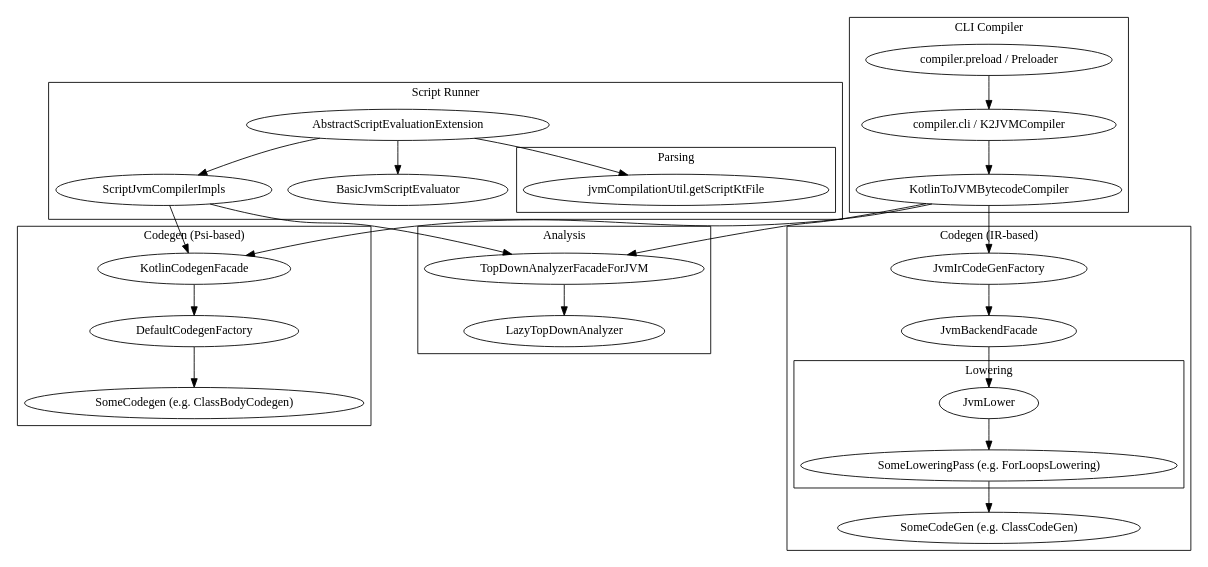
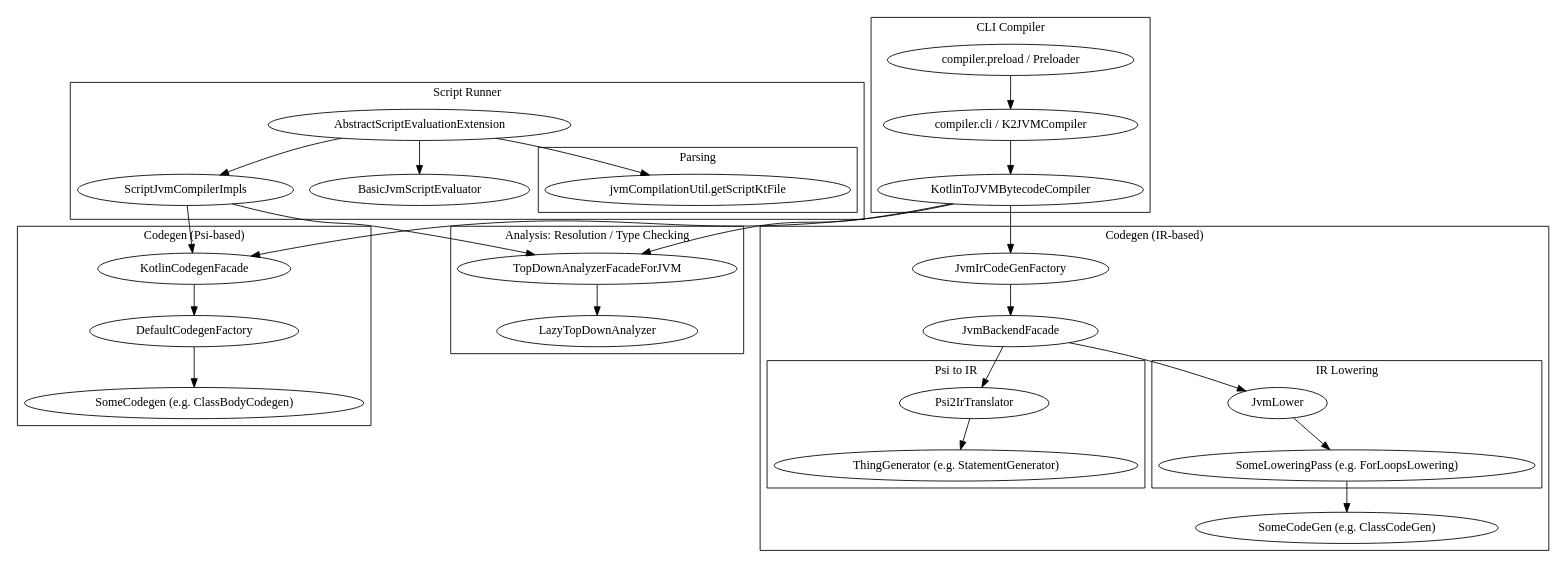
The diagram in writings/kotlin-compiler/notes/arch-diagram.dot (overminder/kitchen-sink), drawn with Graphviz before and after one commit. The commit also changed 2 other files, not shown here.

```diff
--- a/writings/kotlin-compiler/notes/arch-diagram.dot
+++ b/writings/kotlin-compiler/notes/arch-diagram.dot
@@ -1,72 +1,79 @@
 digraph G {
     subgraph cluster_scr {
         label = "Script Runner";
 
         SEvalExt [label="AbstractScriptEvaluationExtension"];
         SJvmCI [label="ScriptJvmCompilerImpls"];
         SEvalJvm [label=BasicJvmScriptEvaluator];
 
         subgraph cluster_par {
             label = "Parsing";
 
             SPar [label="jvmCompilationUtil.getScriptKtFile"];
         }
     }
     subgraph cluster_cc {
         label = "CLI Compiler"
 
         CPrel [label="compiler.preload / Preloader"]
         K2JC [label="compiler.cli / K2JVMCompiler"]
         K2JBCC [label=KotlinToJVMBytecodeCompiler]
     }
     subgraph cluster_ana {
-        label = "Analysis";
+        label = "Analysis: Resolution / Type Checking";
 
         TDAnaF [label=TopDownAnalyzerFacadeForJVM];
         LTDA [label=LazyTopDownAnalyzer];
     }
     subgraph cluster_cg_psi {
         label = "Codegen (Psi-based)";
 
         KtCgF [label=KotlinCodegenFacade];
         DefCgF [label=DefaultCodegenFactory];
         AnyCg [label="SomeCodegen (e.g. ClassBodyCodegen)"];
     }
 
-
     subgraph cluster_cg_ir {
         label = "Codegen (IR-based)";
 
+        subgraph cluster_cg_psi2ir {
+            label = "Psi to IR";
+
+            Psi2Ir [label=Psi2IrTranslator];
+            Psi2IrG [label="ThingGenerator (e.g. StatementGenerator)"];
+        }
+
         subgraph cluster_lower {
-            label = "Lowering";
+            label = "IR Lowering";
 
             JLower [label=JvmLower];
             AnyLowerP [label="SomeLoweringPass (e.g. ForLoopsLowering)"];
         }
 
         JIrCgF [label=JvmIrCodeGenFactory]
         JBF [label=JvmBackendFacade]
         AnyIrCg [label="SomeCodeGen (e.g. ClassCodeGen)"];
     }
 
     /* Script: parsing */
     SEvalExt -> SPar;
     /* Script: driver */
     SEvalExt -> SJvmCI -> TDAnaF;
     /* Script: codegen */
     SJvmCI -> KtCgF;
     /* Script: eval */
     SEvalExt -> SEvalJvm;
 
     /* Analysis */
     TDAnaF -> LTDA;
 
     /* CLI compiler */
     CPrel -> K2JC -> K2JBCC -> TDAnaF;
 
     /* Psi-based codegen */
     K2JBCC -> KtCgF -> DefCgF -> AnyCg;
 
     /* IR-based codegen */
     K2JBCC -> JIrCgF -> JBF -> JLower -> AnyLowerP -> AnyIrCg;
+    JBF -> Psi2Ir -> Psi2IrG;
 }
```
